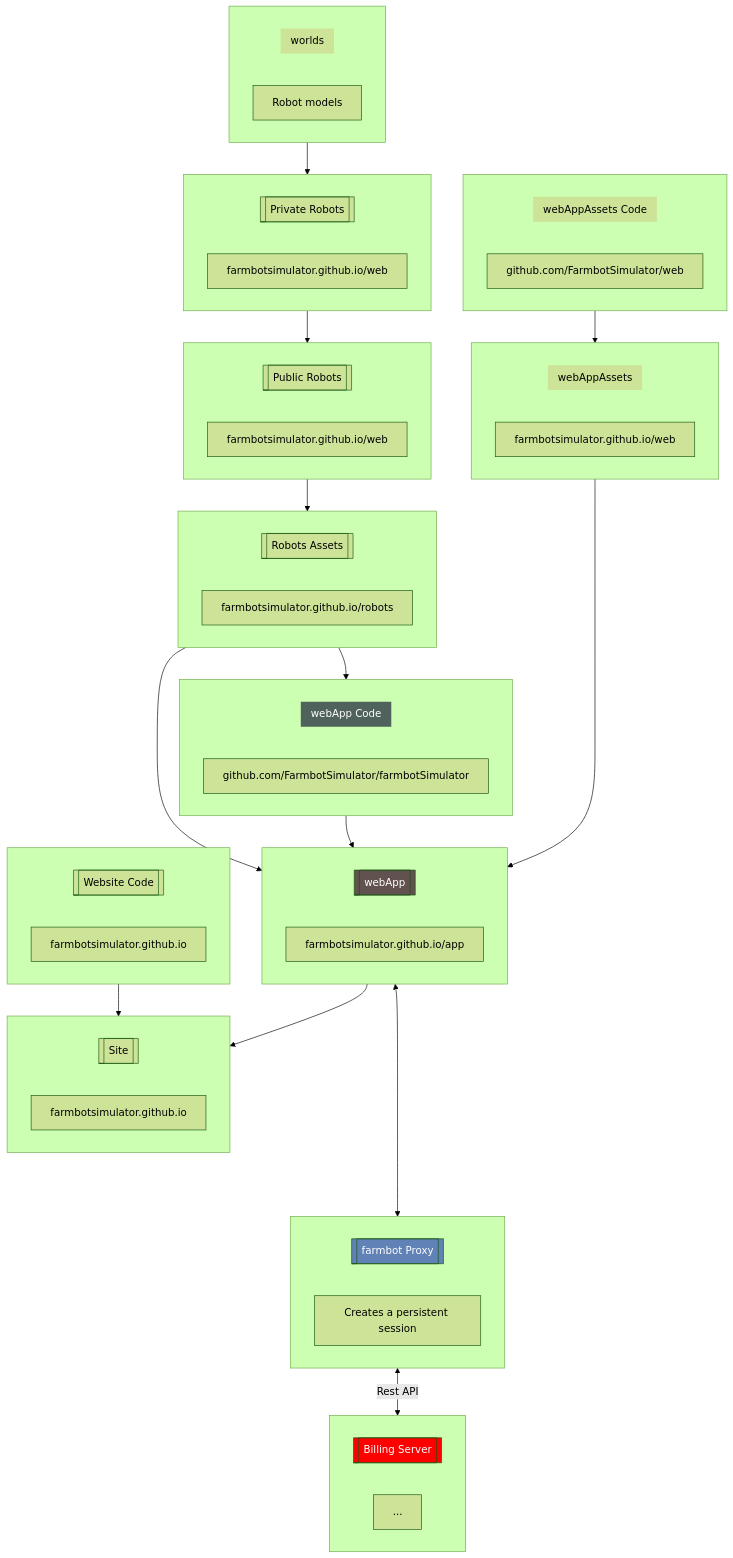
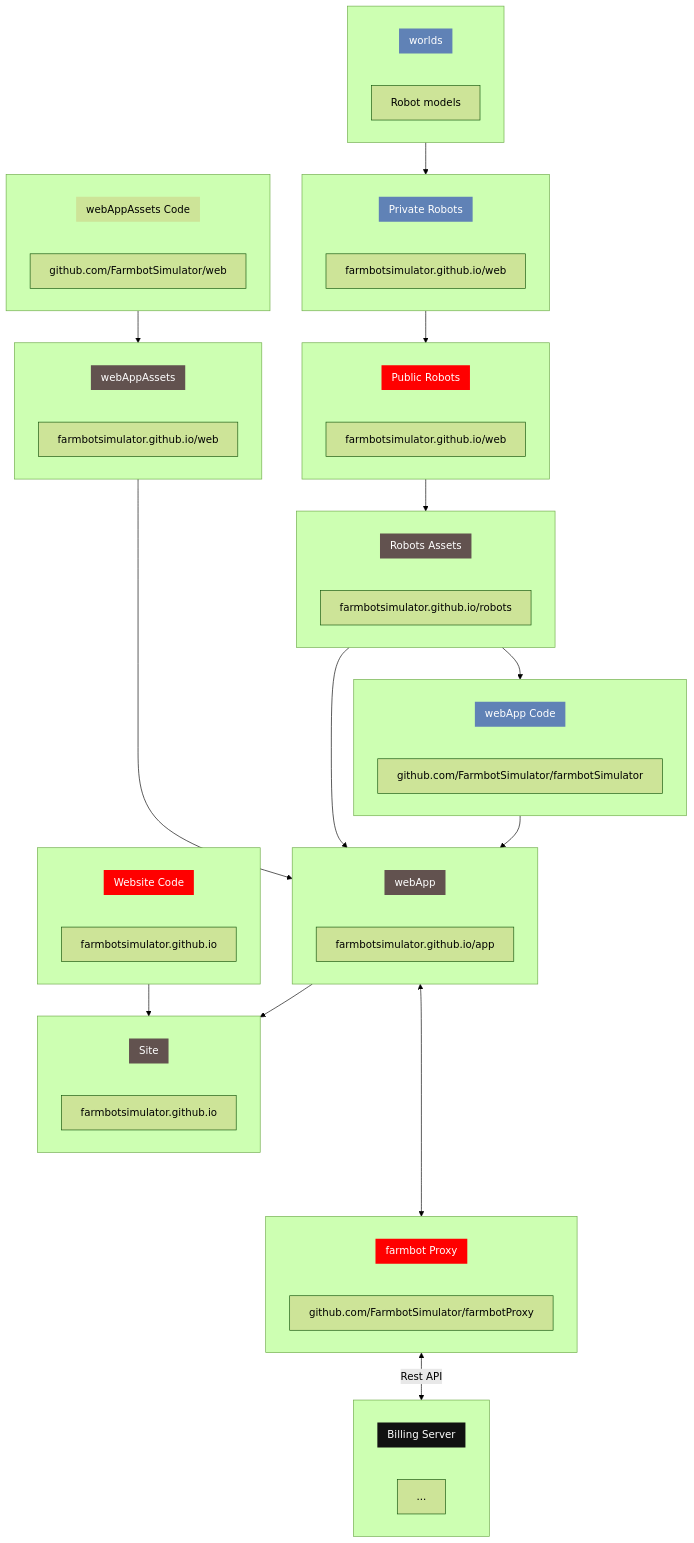
The first of 2 diagrams in profile/README.md (FarmbotSimulator/.github), drawn with Mermaid (forest theme) before and after one commit. The commit also changed other lines of this file, not shown here.

```diff
--- a/profile/README.md
+++ b/profile/README.md
@@ -19,18 +19,54 @@
 classDef gray fill:#62524F, color:#fff
 classDef gray2 fill:#4F625B, color:#fff
 classDef red fill:#f00, color:#fff
+classDef green fill:#111, color:#fff
+
+subgraph worlds[ ]
+    w_A[[worlds<br/> ]]
+    w_B[Robot models]
+end
+class w_A borderless
+class worlds,w_A brightBlue
+click w_B "https://github.com/brianmechanisms/concepts" _blank
+
+
+
+subgraph robotsPrivate[ ]
+    rPr_A[[Private Robots<br/> ]]
+    rPr_B[farmbotsimulator.github.io/web]
+end
+class rPr_A borderless
+click rPr_B "https://github.com/FarmbotSimulator/robotsprivate" _blank
+class robotsPrivate,rPr_A brightBlue
+subgraph robotsPublic[ ]
+    rPu_A[[Public Robots<br/> ]]
+    rPu_B[farmbotsimulator.github.io/web]
+end
+click rPu_B "https://github.com/FarmbotSimulator/robots" _blank
+class rPu_A borderless
+class robotsPublic,rPu_A red
+subgraph robotsAssets[ ]
+    rA_A[[Robots Assets<br/> ]]
+    rA_B[farmbotsimulator.github.io/robots]
+end
+class rA_A borderless
+class robotsAssets,rA_A gray
+click rA_B "https://farmbotsimulator.github.io/robots" _blank
 
 subgraph webApp[ ]
     pU_A[[webApp<br/> ]]
     pU_B[farmbotsimulator.github.io/app]
 end
+class pU_A borderless
 class webApp,pU_A gray
+click rA_B "https://farmbotsimulator.github.io/app" _blank
 
 subgraph webAppCode[ ]
     wAC_A[[webApp Code<br/> ]]
     wAC_B[github.com/FarmbotSimulator/farmbotSimulator]
 end
-class webAppCode,wAC_A gray2
+class webAppCode,wAC_A brightBlue
+click rPr_B "https://github.com/FarmbotSimulator/farmbotSimulator" _blank
 class wAC_A borderless
 webAppCode-->webApp
 
@@ -38,61 +74,54 @@
     wAA_A[[webAppAssets<br/> ]]
     wAA_B[farmbotsimulator.github.io/web]
 end
+click rPr_B "https://farmbotsimulator.github.io/web" _blank
 class wAA_A borderless
+class webAppAssets,wAA_A gray
+
 subgraph webAppAssetsCode[ ]
     wAAC_A[[webAppAssets Code<br/> ]]
     wAAC_B[github.com/FarmbotSimulator/web]
 end
+click wAAC_B "https://farmbotsimulator.github.io/web" _blank
 class wAAC_A borderless
+class webAppAssetsCode red
 webAppAssetsCode-->webAppAssets
 webAppAssets---->webApp
 
 
-subgraph robotsPrivate[ ]
-    rPr_A[[Private Robots<br/> ]]
-    rPr_B[farmbotsimulator.github.io/web]
-end
-subgraph robotsPublic[ ]
-    rPu_A[[Public Robots<br/> ]]
-    rPu_B[farmbotsimulator.github.io/web]
-end
-subgraph robotsAssets[ ]
-    rA_A[[Robots Assets<br/> ]]
-    rA_B[farmbotsimulator.github.io/robots]
-end
-subgraph worlds[ ]
-    w_A[[worlds<br/> ]]
-    w_B[Robot models]
-end
-class w_A borderless
-click w_B "https://github.com/brianmechanisms/concepts" _blank
 
 subgraph site[ ]
     s_A[[Site<br/> ]]
     S_B[farmbotsimulator.github.io]
 end
+click S_B "https://farmbotsimulator.github.io" _blank
+class s_A borderless
+class site,s_A gray
 subgraph siteCode[ ]
     sC_A[[Website Code<br/> ]]
     SC_B[farmbotsimulator.github.io]
 end
+click SC_B "https://github.com/FarmbotSimulator/FarmbotSimulator.github.io" _blank
+class sC_A borderless
+class siteCode,sC_A red
 worlds-->robotsPrivate-->robotsPublic-->robotsAssets-->webApp-->site
 robotsAssets-->webAppCode
 siteCode-->site
 
-
-
-
 subgraph farmbotProxy[ ]
     A3[[farmbot Proxy]]
-    B3[Creates a persistent session]
+    B3[github.com/FarmbotSimulator/farmbotProxy]
 end
-class farmbotProxy,A3 brightBlue
+click B3 "https://github.com/FarmbotSimulator/farmbotProxy" _blank
+class A3 borderless
+class farmbotProxy,A3 red
 
 subgraph billingServer[ ]
     bs_A[[Billing Server]]
     bs_B[...]
 end
-class billingServer,bs_A red
+class bs_A borderless
+class billingServer,bs_A green
 
 webApp<---->farmbotProxy
 farmbotProxy<--Rest API-->billingServer
```
